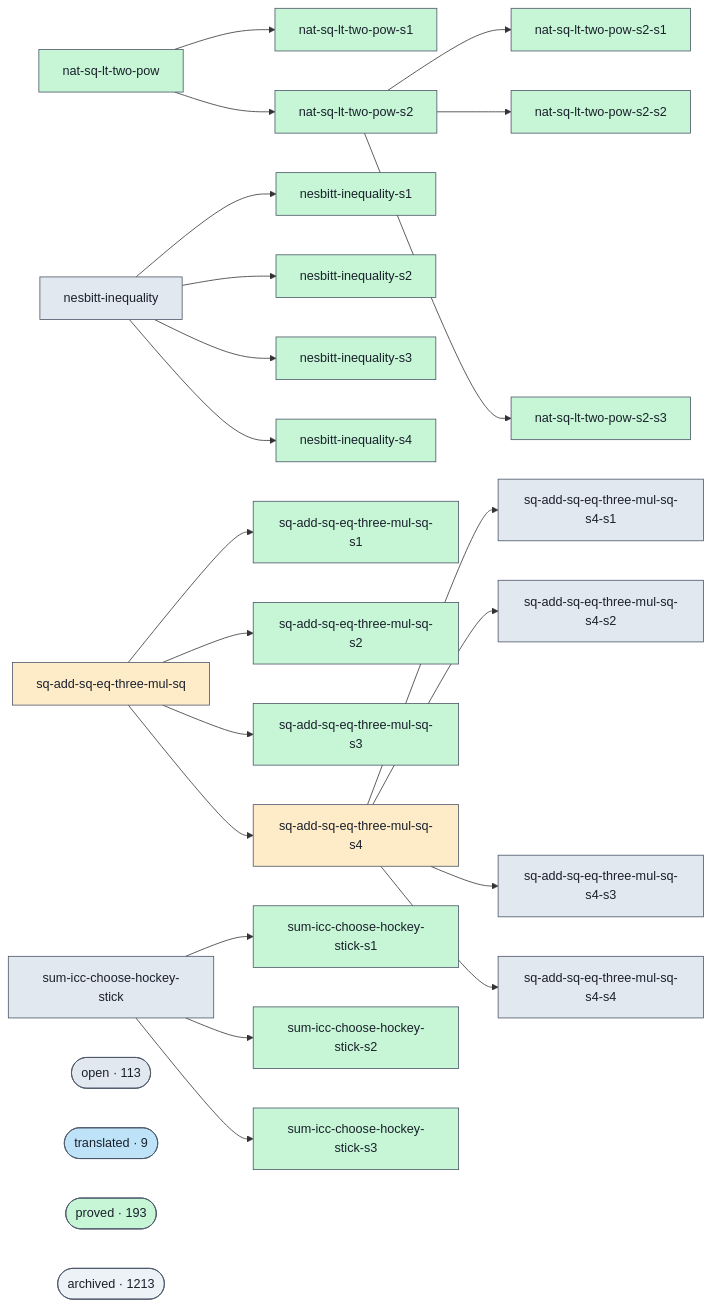
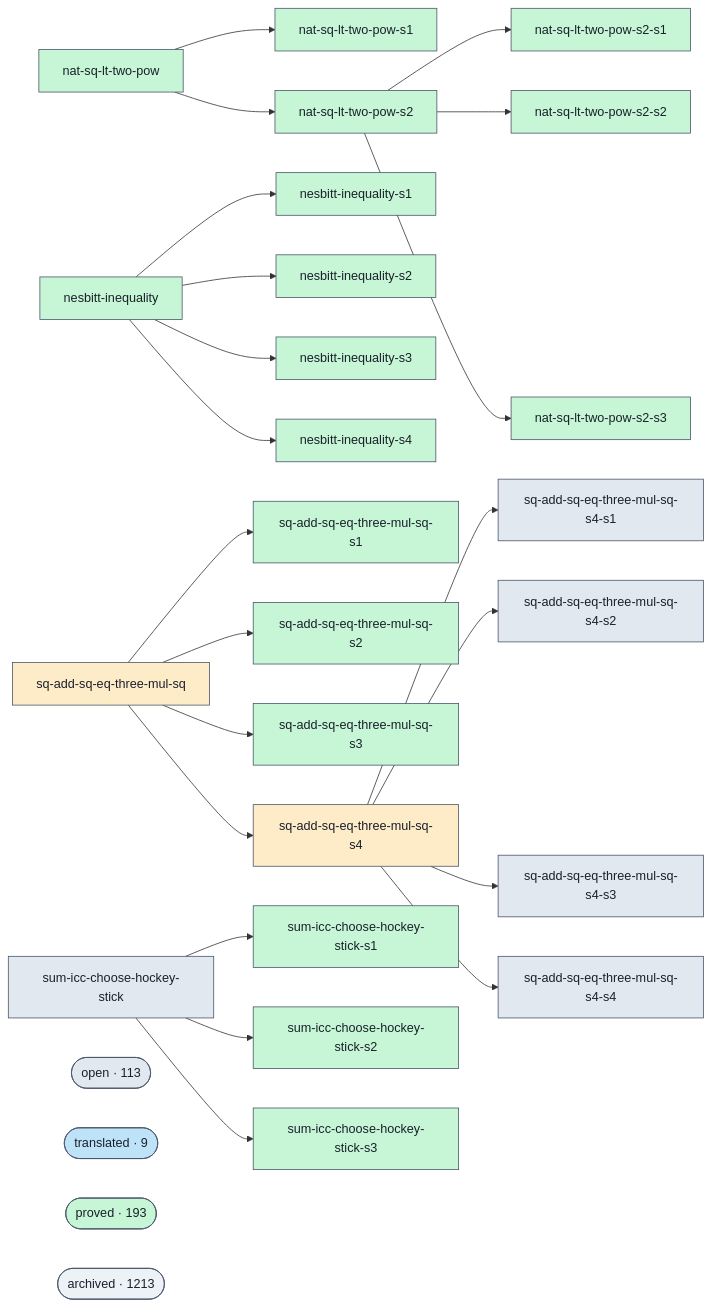
One commit to Rauxon/unsorry changed the diagram in docs/proofs-contributors-visualisation.md. Above: the diagram before and after it, drawn with Mermaid. The commit also changed other lines of this file and 2 other files, not shown here.

```diff
--- a/docs/proofs-contributors-visualisation.md
+++ b/docs/proofs-contributors-visualisation.md
@@ -41,8 +41,8 @@
   class g_nat_sq_lt_two_pow_s2_s3 proved;
   click g_nat_sq_lt_two_pow_s2_s3 "https://github.com/agenticsnz/unsorry/blob/main/goals/nat-sq-lt-two-pow-s2-s3.lean" "nat-sq-lt-two-pow-s2-s3 — proved"
   g_nesbitt_inequality["nesbitt-inequality"]
-  class g_nesbitt_inequality open;
-  click g_nesbitt_inequality "https://github.com/agenticsnz/unsorry/blob/main/goals/nesbitt-inequality.lean" "nesbitt-inequality — open"
+  class g_nesbitt_inequality proved;
+  click g_nesbitt_inequality "https://github.com/agenticsnz/unsorry/blob/main/goals/nesbitt-inequality.lean" "nesbitt-inequality — proved"
   g_nesbitt_inequality_s1["nesbitt-inequality-s1"]
   class g_nesbitt_inequality_s1 proved;
   click g_nesbitt_inequality_s1 "https://github.com/agenticsnz/unsorry/blob/main/goals/nesbitt-inequality-s1.lean" "nesbitt-inequality-s1 — proved"
```
